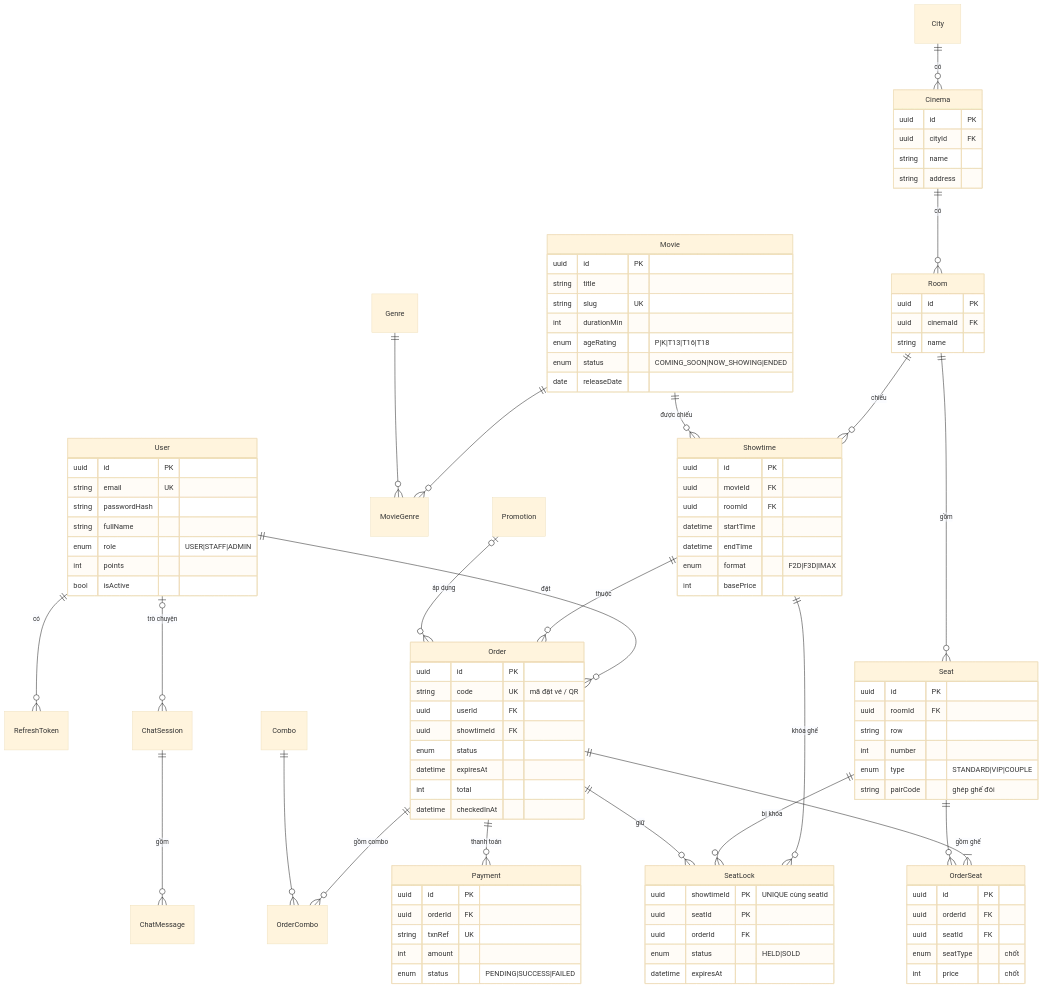
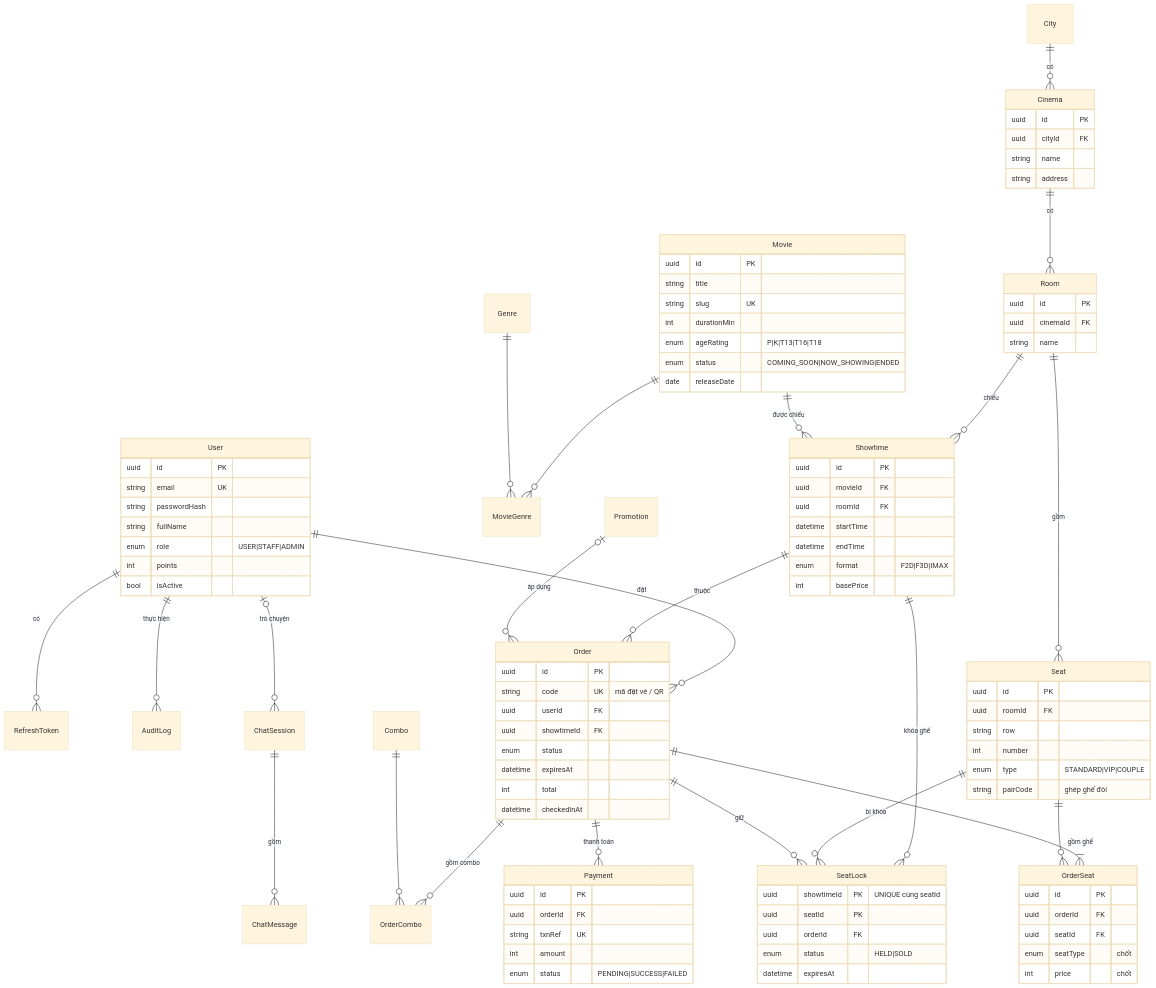
One commit to khuongkhuongkhuong/Cinemind changed the first of 2 diagrams in docs/03-database.md. Above: the diagram before and after it, drawn with Mermaid (base theme). The commit also changed other lines of this file and 13 other files, not shown here.

First line of the commit message:
feat(be): nhật ký thao tác quản trị (AuditLog, docs v1.21)

````diff
--- a/docs/03-database.md
+++ b/docs/03-database.md
@@ -75,6 +76,7 @@
 ```mermaid
 erDiagram
     User ||--o{ RefreshToken : "có"
+    User ||--o{ AuditLog : "thực hiện"
     User ||--o{ Order : "đặt"
     Movie ||--o{ MovieGenre : ""
     Genre ||--o{ MovieGenre : ""
````
